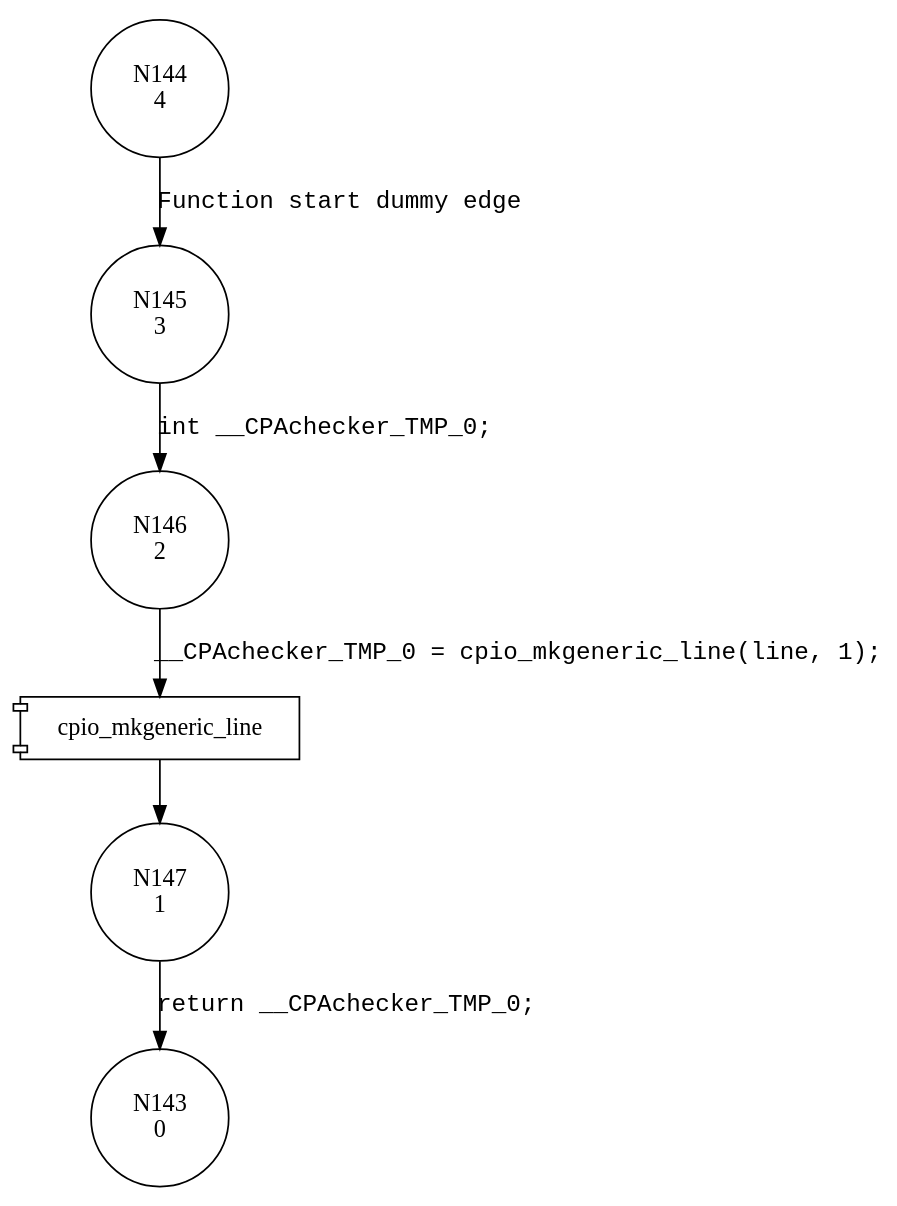
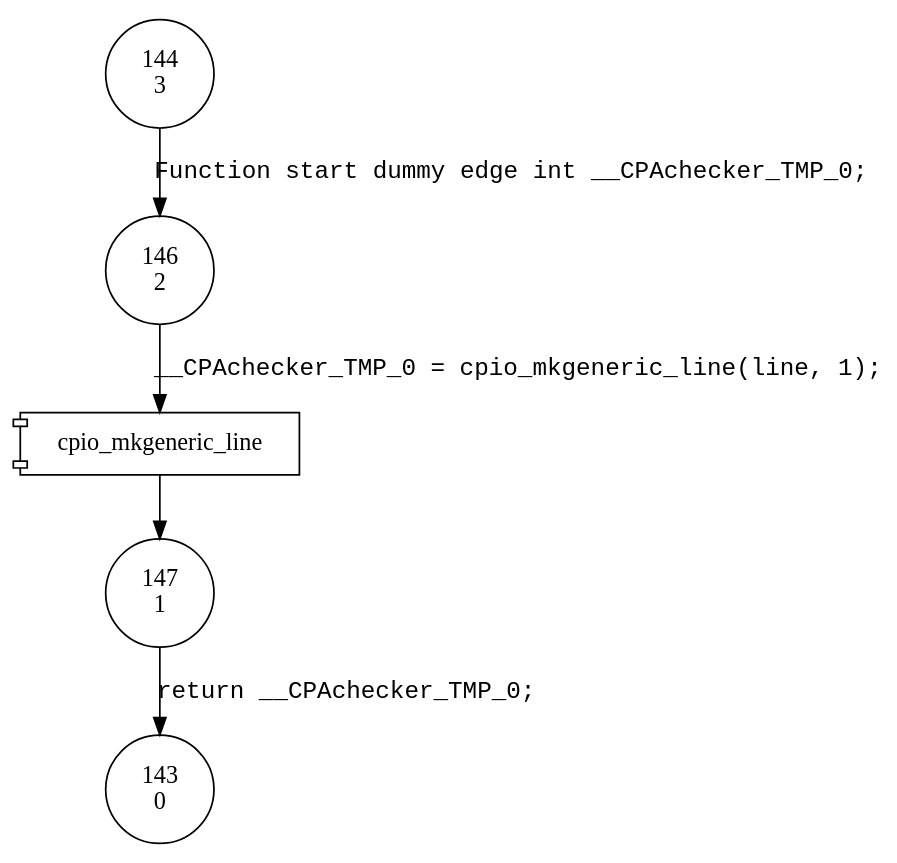
The diagram in gen_init_cpio/analysis_original/cfa__cpio_mkpipe_line.dot (woailuo/experiments), drawn with Graphviz before and after one commit. The commit also changed 465 other files, not shown here.

```diff
--- a/gen_init_cpio/analysis_original/cfa__cpio_mkpipe_line.dot
+++ b/gen_init_cpio/analysis_original/cfa__cpio_mkpipe_line.dot
@@ -1,13 +1,11 @@
 digraph cpio_mkpipe_line {
-144 [shape="circle" label="N144\n4"]
-145 [shape="circle" label="N145\n3"]
-146 [shape="circle" label="N146\n2"]
-147 [shape="circle" label="N147\n1"]
-143 [shape="circle" label="N143\n0"]
-144 -> 145 [label="Function start dummy edge" fontname="Courier New"]
+144 [shape="circle" label="144\n3"]
+146 [shape="circle" label="146\n2"]
+147 [shape="circle" label="147\n1"]
+143 [shape="circle" label="143\n0"]
+144 -> 146 [label="Function start dummy edge int __CPAchecker_TMP_0;" fontname="Courier New"]
 100014 [shape="component" label="cpio_mkgeneric_line"]
 146 -> 100014 [label="__CPAchecker_TMP_0 = cpio_mkgeneric_line(line, 1);" fontname="Courier New"]
 100014 -> 147 [label="" fontname="Courier New"]
-145 -> 146 [label="int __CPAchecker_TMP_0;" fontname="Courier New"]
 147 -> 143 [label="return __CPAchecker_TMP_0;" fontname="Courier New"]
 }
```
